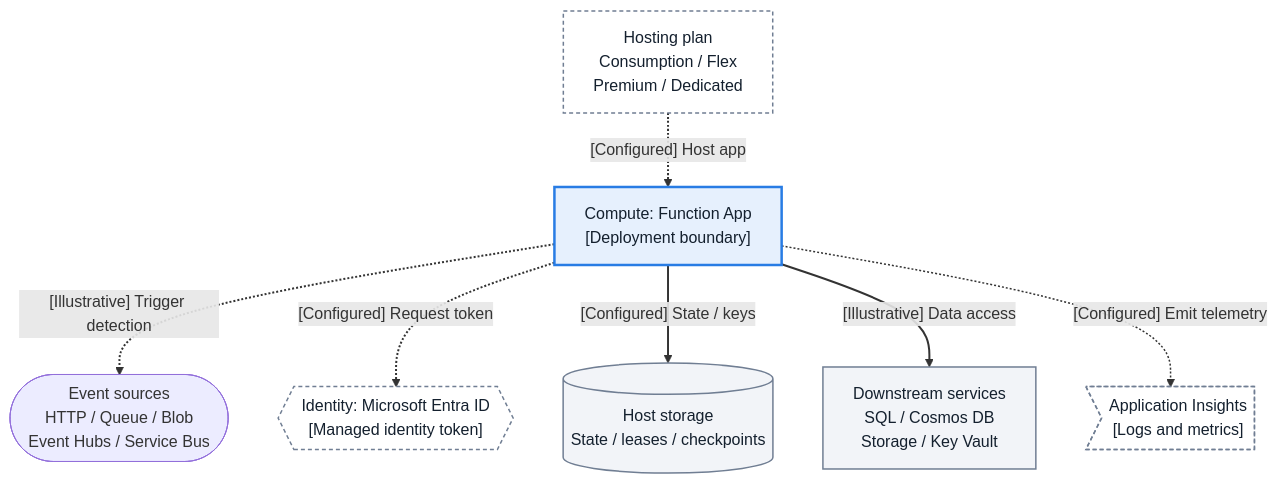
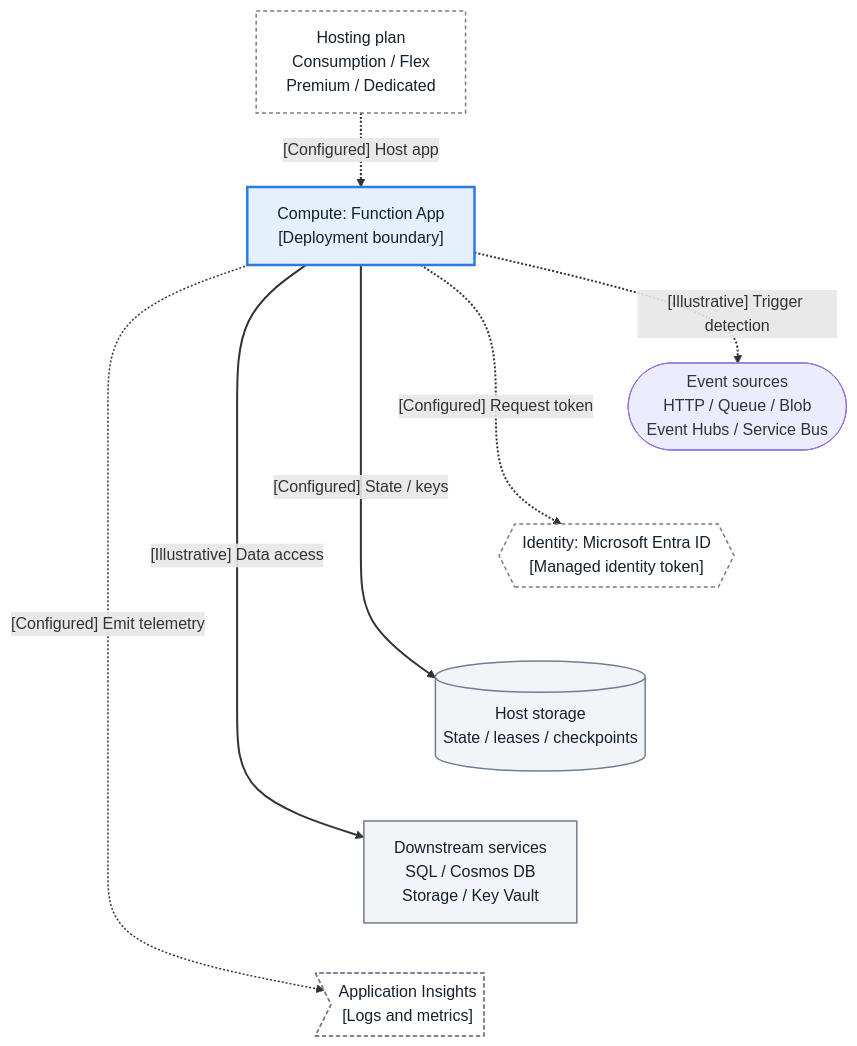
Before and after one commit to yeongseon/azure-functions-practical-guide: the fifth of 8 diagrams in docs/platform/architecture/index.md, drawn with Mermaid. The commit also changed other lines of this file, not shown here.

First line of the commit message:
docs(diagrams): repair Durable resumption and regional hierarchy

````diff
--- a/docs/platform/architecture/index.md
+++ b/docs/platform/architecture/index.md
@@ -373,26 +375,31 @@
 ```mermaid
 flowchart TD
     accTitle: Which resources does a Function App use?
     accDescr: Function App incoming sources include HTTP, Queue, Blob, Event Hubs and Service Bus. Hosting, optional managed identity, host storage, downstream SQL, Cosmos DB, Storage and Key Vault, and telemetry are distinct logical relationships, not universal HTTP transport or direct network token acquisition from Entra ID.
     client(["Event sources<br/>HTTP / Queue / Blob<br/>Event Hubs / Service Bus"])
     hosting_plan["Hosting plan<br/>Consumption / Flex<br/>Premium / Dedicated"]
     app_runtime["Compute: Function App<br/>[Deployment boundary]"]
     identity{{"Identity: Microsoft Entra ID<br/>[Managed identity token]"}}
     storage_db[("Host storage<br/>State / leases / checkpoints")]
     dependency["Downstream services<br/>SQL / Cosmos DB<br/>Storage / Key Vault"]
     telemetry>"Application Insights<br/>[Logs and metrics]"]
     hosting_plan -.->|"[Configured] Host app"| app_runtime
     app_runtime -.->|"[Illustrative] Trigger detection"| client
     app_runtime -.->|"[Configured] Request token"| identity
     app_runtime -->|"[Configured] State / keys"| storage_db
     app_runtime -->|"[Illustrative] Data access"| dependency
     app_runtime -.->|"[Configured] Emit telemetry"| telemetry
+    %% Layout-only: tier resource associations; these add no data paths.
+    client ~~~ identity
+    identity ~~~ storage_db
+    storage_db ~~~ dependency
+    dependency ~~~ telemetry
     classDef baseNeutral fill:#f2f4f8,stroke:#707e93,stroke-width:1.5px,color:#14202e;
     classDef focusActive fill:#e6f0fd,stroke:#287ce4,stroke-width:2.5px,color:#14202e;
     classDef bandMuted fill:#ffffff,stroke:#707e93,stroke-width:1.5px,stroke-dasharray:4 3,color:#14202e;
     class storage_db,dependency baseNeutral;
     class app_runtime focusActive;
     class hosting_plan,identity,telemetry bandMuted;
     linkStyle default stroke-width:2px;
     linkStyle 5 stroke-width:1.5px;
 ```
````
